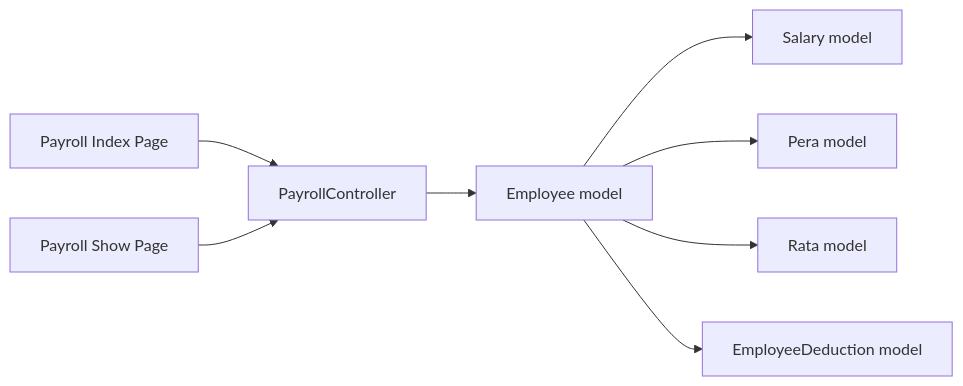
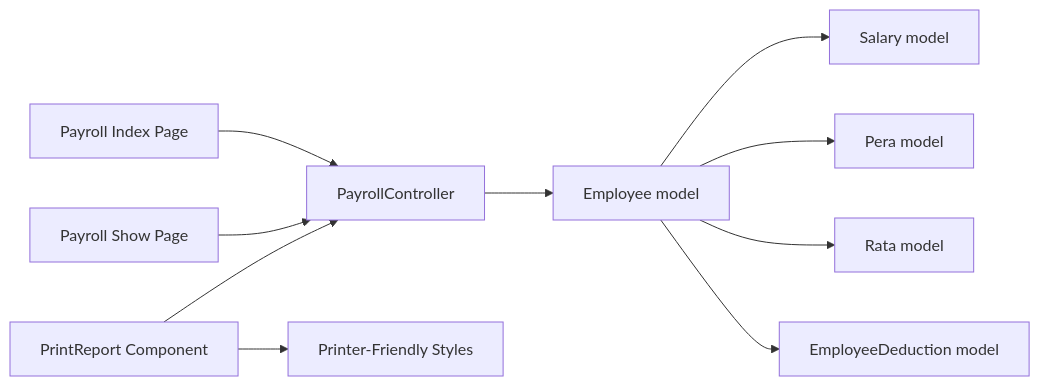
Before and after one commit to vincet0t15/template: diagram 12 of 12 in .qoder/repowiki/en/content/Payroll System/Payroll Reports & Analytics.md, drawn with Mermaid. The commit also changed other lines of this file and 11 other files, not shown here.

````diff
--- a/.qoder/repowiki/en/content/Payroll System/Payroll Reports & Analytics.md
+++ b/.qoder/repowiki/en/content/Payroll System/Payroll Reports & Analytics.md
@@ -299,10 +454,12 @@
 ```mermaid
 graph LR
 IDX["Payroll Index Page"] --> CTRL["PayrollController"]
 SHW["Payroll Show Page"] --> CTRL
+PR["PrintReport Component"] --> CTRL
 CTRL --> EMP["Employee model"]
 EMP --> SAL["Salary model"]
 EMP --> PER["Pera model"]
 EMP --> RAT["Rata model"]
 EMP --> EMD["EmployeeDeduction model"]
+PR --> PRINT_STYLES["Printer-Friendly Styles"]
 ```
````
